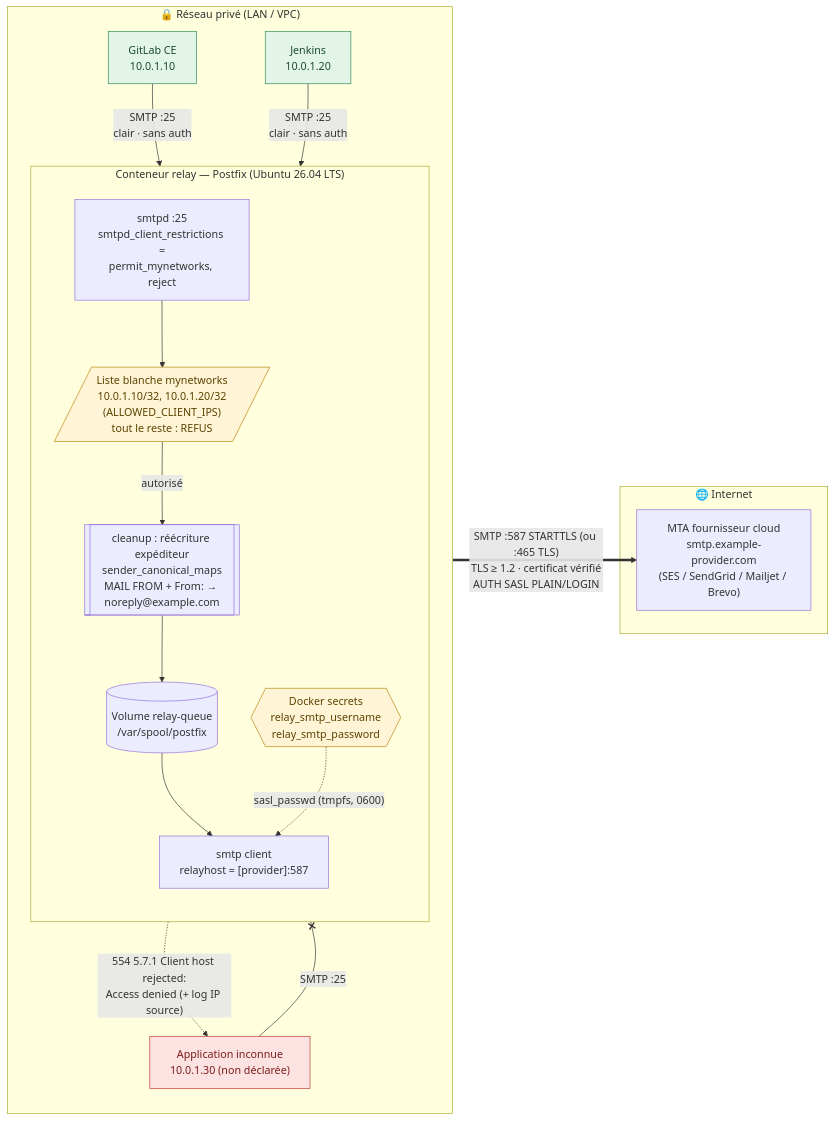
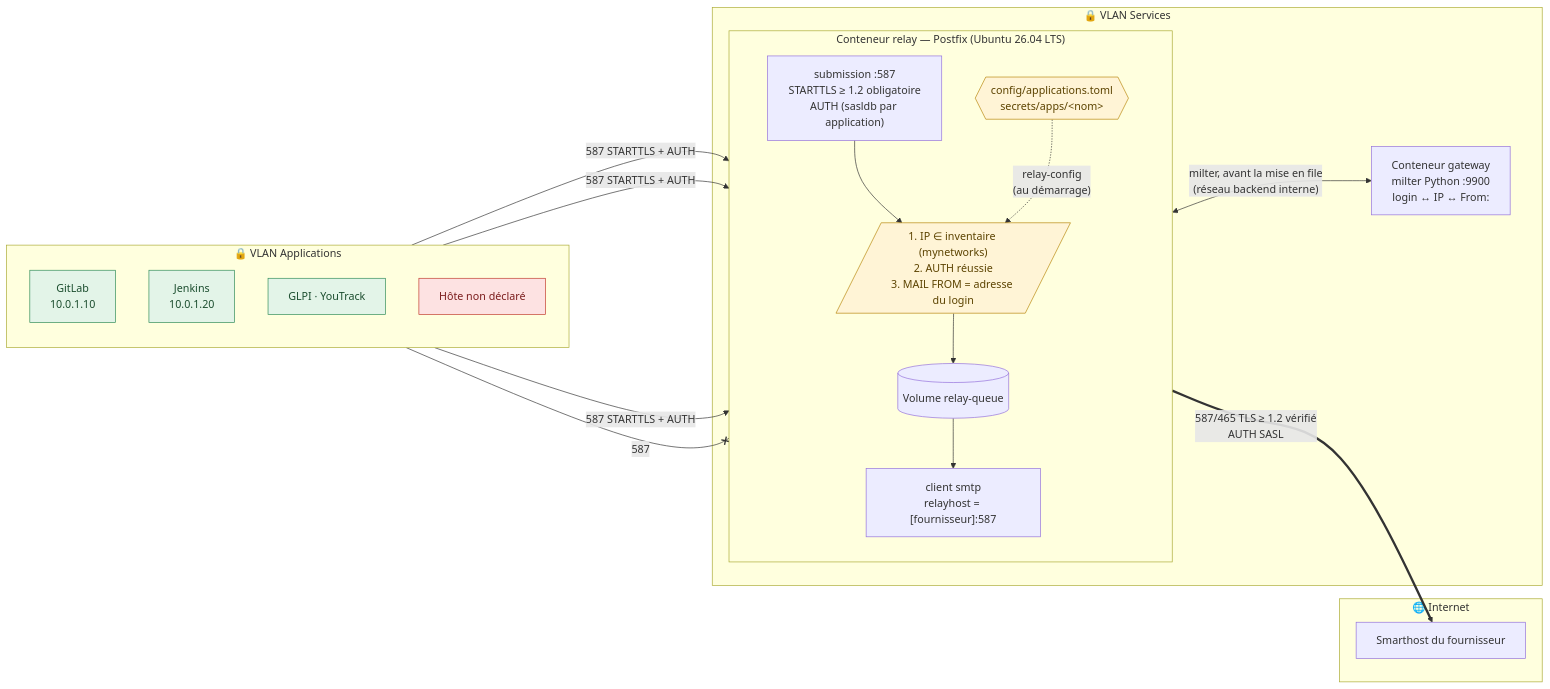
Before and after one commit to kosaar/relai-smtp: the first of 3 diagrams in docs/architecture.md, drawn with Mermaid. The commit also changed other lines of this file and 43 other files, not shown here.

````diff
--- a/docs/architecture.md
+++ b/docs/architecture.md
@@ -5,39 +10,40 @@
 ```mermaid
 flowchart LR
-    subgraph PRIV["🔒 Réseau privé (LAN / VPC)"]
+    subgraph APPS["🔒 VLAN Applications"]
         direction TB
-        GL["GitLab CE<br/>10.0.1.10"]
+        GL["GitLab<br/>10.0.1.10"]
         JK["Jenkins<br/>10.0.1.20"]
-        UNK["Application inconnue<br/>10.0.1.30 (non déclarée)"]
+        GP["GLPI · YouTrack"]
+        UNK["Hôte non déclaré"]
+    end
 
+    subgraph SVC["🔒 VLAN Services"]
         subgraph RELAY["Conteneur relay — Postfix (Ubuntu 26.04 LTS)"]
             direction TB
-            SMTPD["smtpd :25<br/>smtpd_client_restrictions =<br/>permit_mynetworks, reject"]
-            WL[/"Liste blanche mynetworks<br/>10.0.1.10/32, 10.0.1.20/32<br/>(ALLOWED_CLIENT_IPS)<br/>tout le reste : REFUS"/]
-            RW[["cleanup : réécriture expéditeur<br/>sender_canonical_maps<br/>MAIL FROM + From: → noreply@example.com"]]
-            Q[("Volume relay-queue<br/>/var/spool/postfix")]
-            SMTP["smtp client<br/>relayhost = [provider]:587"]
-            SEC{{"Docker secrets<br/>relay_smtp_username<br/>relay_smtp_password"}}
-            SMTPD --> WL
-            WL -- autorisé --> RW --> Q --> SMTP
-            SEC -. "sasl_passwd (tmpfs, 0600)" .-> SMTP
+            SMTPD["submission :587<br/>STARTTLS ≥ 1.2 obligatoire<br/>AUTH (sasldb par application)"]
+            ACL[/"1. IP ∈ inventaire (mynetworks)<br/>2. AUTH réussie<br/>3. MAIL FROM = adresse du login"/]
+            Q[("Volume relay-queue")]
+            SMTP["client smtp<br/>relayhost = [fournisseur]:587"]
+            INV{{"config/applications.toml<br/>secrets/apps/&lt;nom&gt;"}}
+            SMTPD --> ACL --> Q --> SMTP
+            INV -. "relay-config<br/>(au démarrage)" .-> ACL
         end
+        GW["Conteneur gateway<br/>milter Python :9900<br/>login ↔ IP ↔ From:"]
     end
 
     subgraph NET["🌐 Internet"]
-        MTA["MTA fournisseur cloud<br/>smtp.example-provider.com<br/>(SES / SendGrid / Mailjet / Brevo)"]
+        MTA["Smarthost du fournisseur"]
     end
 
-    GL -- "SMTP :25<br/>clair · sans auth" --> SMTPD
-    JK -- "SMTP :25<br/>clair · sans auth" --> SMTPD
-    UNK -- "SMTP :25" --x SMTPD
-    WL -. "554 5.7.1 Client host rejected:<br/>Access denied (+ log IP source)" .-> UNK
-    SMTP == "SMTP :587 STARTTLS (ou :465 TLS)<br/>TLS ≥ 1.2 · certificat vérifié<br/>AUTH SASL PLAIN/LOGIN" ==> MTA
+    GL & JK & GP -- "587 STARTTLS + AUTH" --> SMTPD
+    UNK -- "587" --x SMTPD
+    ACL <-- "milter, avant la mise en file<br/>(réseau backend interne)" --> GW
+    SMTP == "587/465 TLS ≥ 1.2 vérifié<br/>AUTH SASL" ==> MTA
 
     classDef deny fill:#fde2e2,stroke:#c0392b,color:#7b1d1d;
     classDef ok fill:#e3f4e8,stroke:#2e8b57,color:#1b4d2e;
     classDef sec fill:#fff4d6,stroke:#b8860b,color:#5c4300;
     class UNK deny;
-    class GL,JK ok;
-    class SEC,WL sec;
+    class GL,JK,GP ok;
+    class INV,ACL sec;
 ```
````
